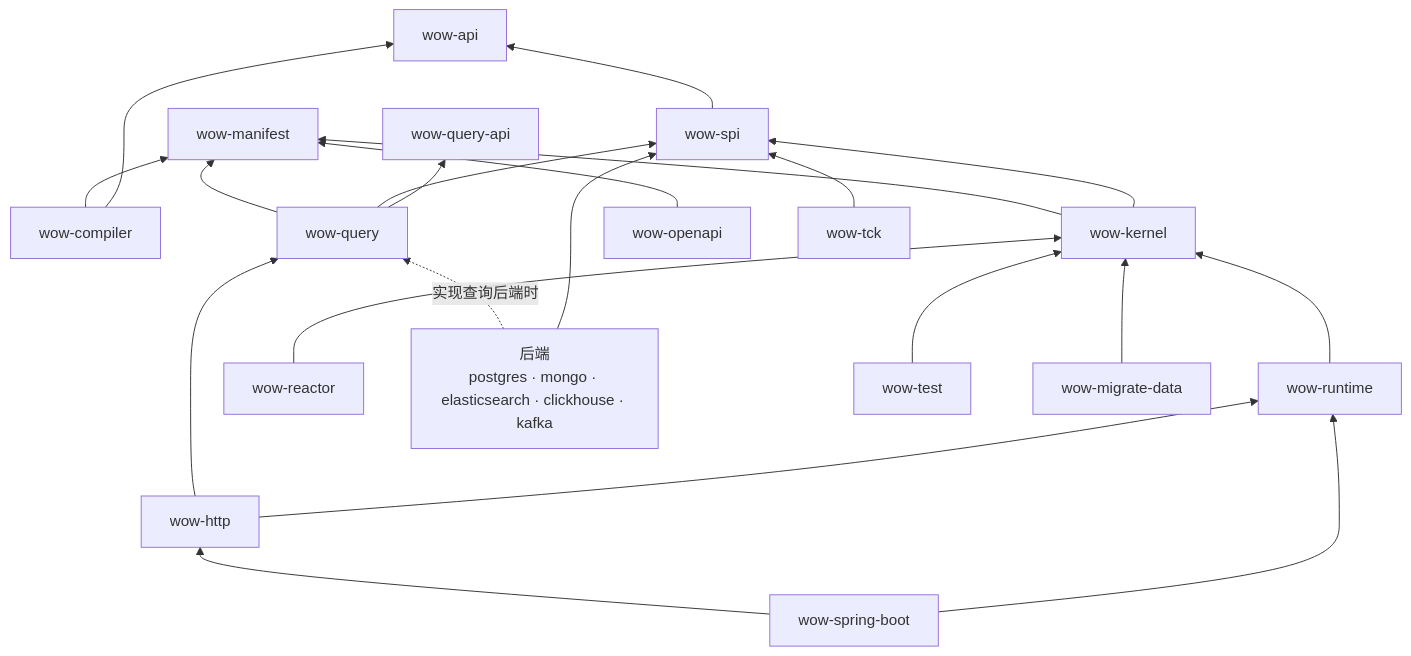
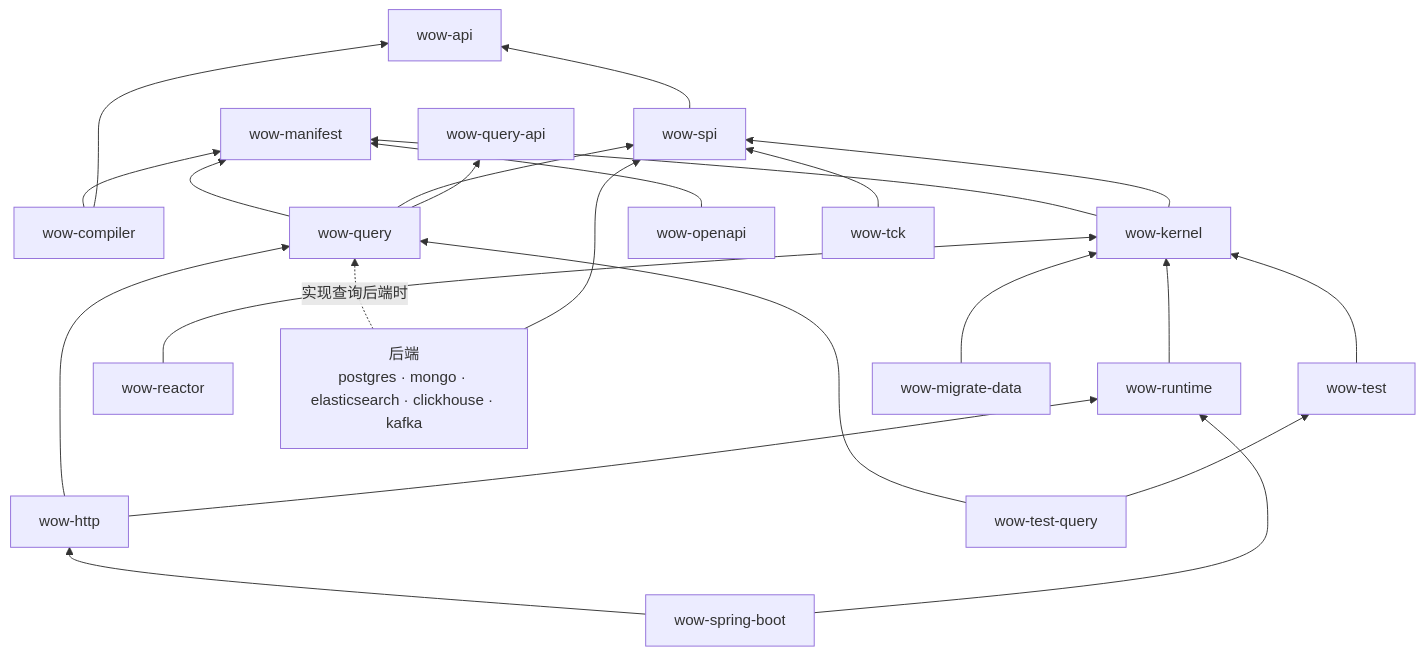
The diagram in documentation/designs/06-modules.md (Ahoo-Wang/Wow), drawn with Mermaid before and after one commit. The commit also changed other lines of this file and 3 other files, not shown here.

````diff
--- a/documentation/designs/06-modules.md
+++ b/documentation/designs/06-modules.md
@@ -98,20 +99,22 @@
 ```mermaid
 flowchart BT
     API[wow-api]
     QAPI[wow-query-api]
     MAN[wow-manifest]
     COMP[wow-compiler] --> API & MAN
     SPI[wow-spi] --> API
     KER[wow-kernel] --> SPI & MAN
     RT[wow-runtime] --> KER
     RX[wow-reactor] --> KER
     Q[wow-query] --> QAPI & SPI & MAN
     BE[后端<br/>postgres · mongo · elasticsearch · clickhouse · kafka] --> SPI
     BE -. 实现查询后端时 .-> Q
     HTTP[wow-http] --> RT & Q
     OAPI[wow-openapi] --> MAN
     HOST[wow-spring-boot] --> RT & HTTP
     TEST[wow-test] --> KER
+    TESTQ[wow-test-query] --> TEST
+    TESTQ --> Q
     TCK[wow-tck] --> SPI
     MIG[wow-migrate-data] --> KER
 ```
````
